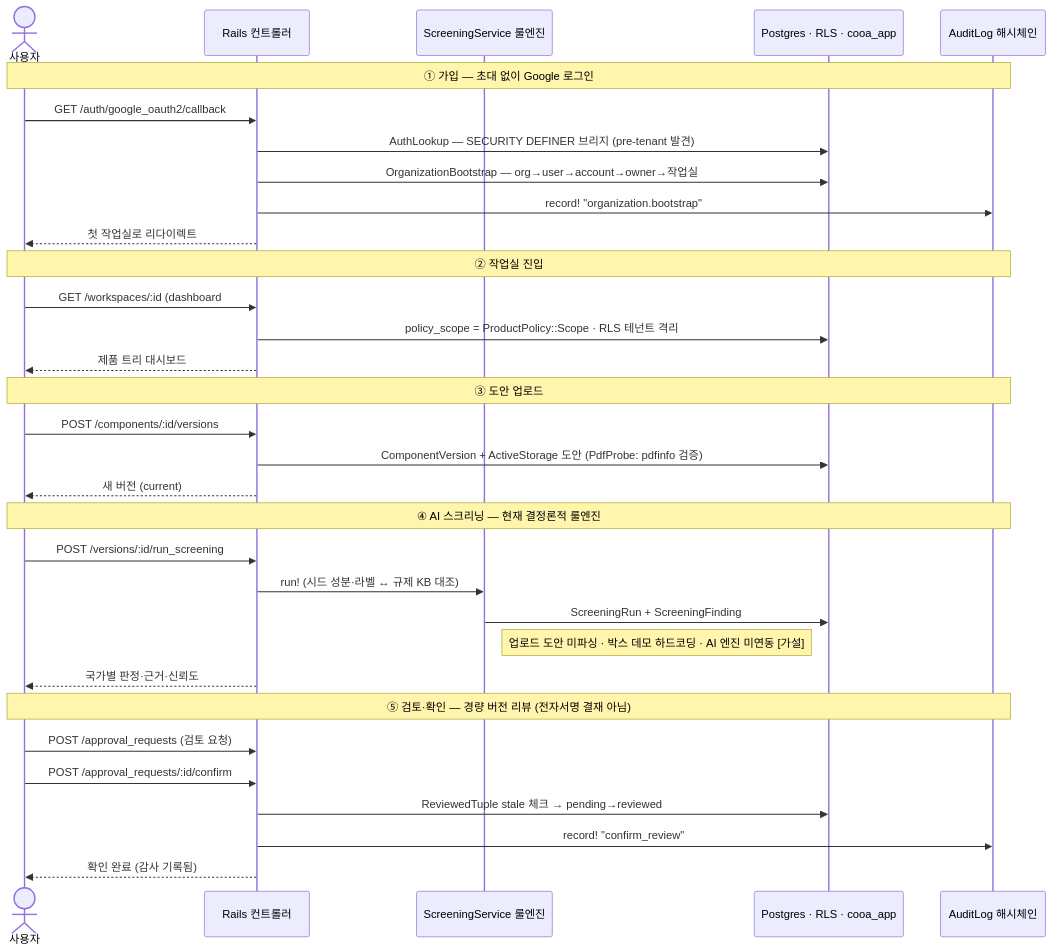
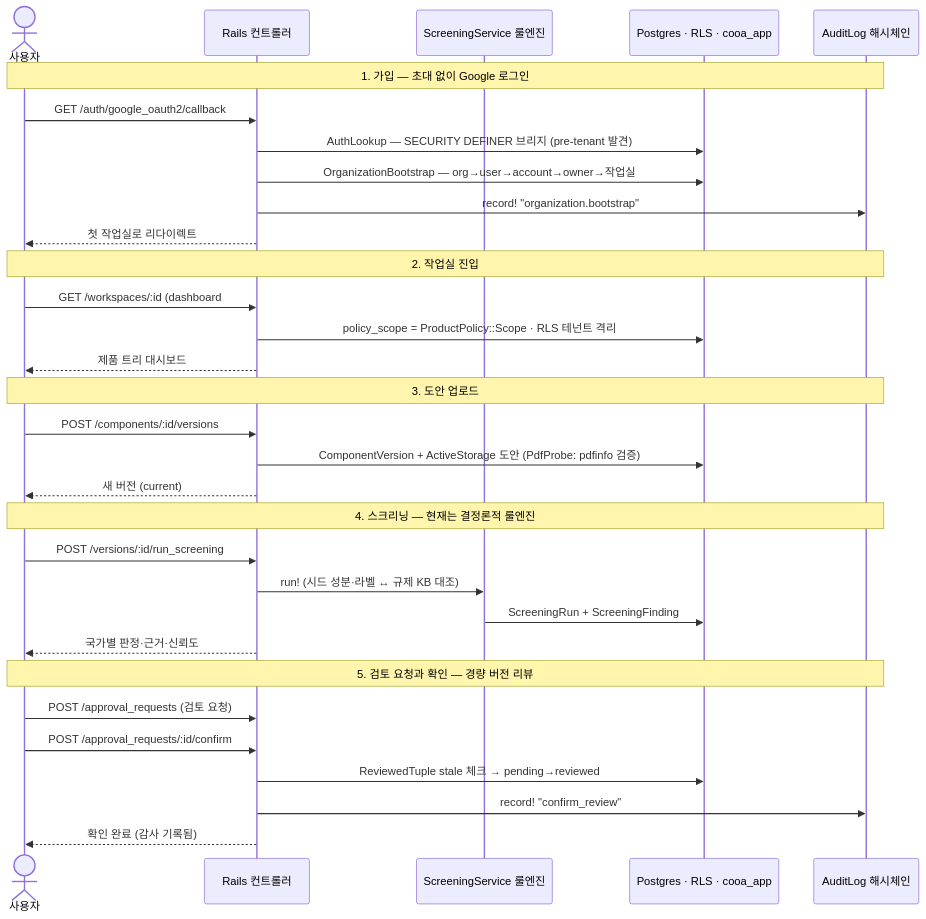
One commit to GangWooLee/cooa-web changed the second of 2 diagrams in README.md. Above: the diagram before and after it, drawn with Mermaid. The commit also changed other lines of this file and 9 other files, not shown here.

````diff
--- a/README.md
+++ b/README.md
@@ -84,39 +80,38 @@
 ```mermaid
 sequenceDiagram
     actor U as 사용자
     participant R as Rails 컨트롤러
     participant S as ScreeningService 룰엔진
     participant DB as Postgres · RLS · cooa_app
     participant A as AuditLog 해시체인
 
-    Note over U,A: ① 가입 — 초대 없이 Google 로그인
+    Note over U,A: 1. 가입 — 초대 없이 Google 로그인
     U->>R: GET /auth/google_oauth2/callback
     R->>DB: AuthLookup — SECURITY DEFINER 브리지 (pre-tenant 발견)
     R->>DB: OrganizationBootstrap — org→user→account→owner→작업실
     R->>A: record! "organization.bootstrap"
     R-->>U: 첫 작업실로 리다이렉트
 
-    Note over U,A: ② 작업실 진입
+    Note over U,A: 2. 작업실 진입
     U->>R: GET /workspaces/:id (dashboard#index)
     R->>DB: policy_scope = ProductPolicy::Scope · RLS 테넌트 격리
     R-->>U: 제품 트리 대시보드
 
-    Note over U,A: ③ 도안 업로드
+    Note over U,A: 3. 도안 업로드
     U->>R: POST /components/:id/versions
     R->>DB: ComponentVersion + ActiveStorage 도안 (PdfProbe: pdfinfo 검증)
     R-->>U: 새 버전 (current)
 
-    Note over U,A: ④ AI 스크리닝 — 현재 결정론적 룰엔진
+    Note over U,A: 4. 스크리닝 — 현재는 결정론적 룰엔진
     U->>R: POST /versions/:id/run_screening
     R->>S: run! (시드 성분·라벨 ↔ 규제 KB 대조)
     S->>DB: ScreeningRun + ScreeningFinding
-    Note right of S: 업로드 도안 미파싱 · 박스 데모 하드코딩 · AI 엔진 미연동 [가설]
     R-->>U: 국가별 판정·근거·신뢰도
 
-    Note over U,A: ⑤ 검토·확인 — 경량 버전 리뷰 (전자서명 결재 아님)
+    Note over U,A: 5. 검토 요청과 확인 — 경량 버전 리뷰
     U->>R: POST /approval_requests (검토 요청)
     U->>R: POST /approval_requests/:id/confirm
     R->>DB: ReviewedTuple stale 체크 → pending→reviewed
     R->>A: record! "confirm_review"
     R-->>U: 확인 완료 (감사 기록됨)
 ```
````
